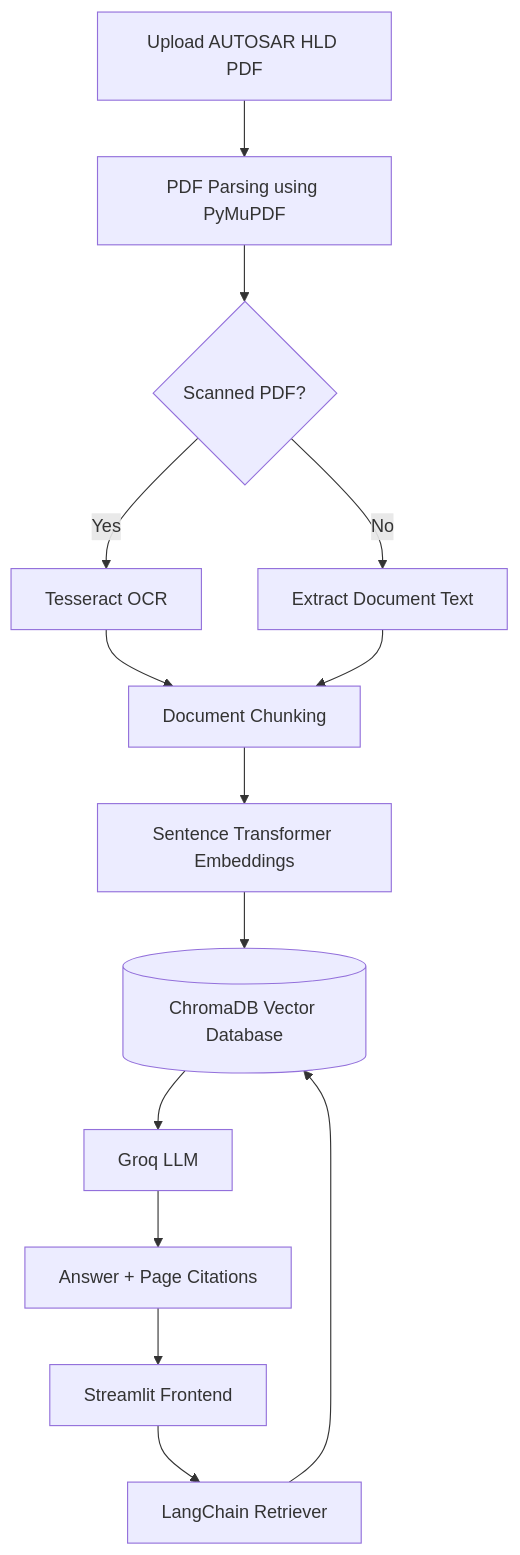
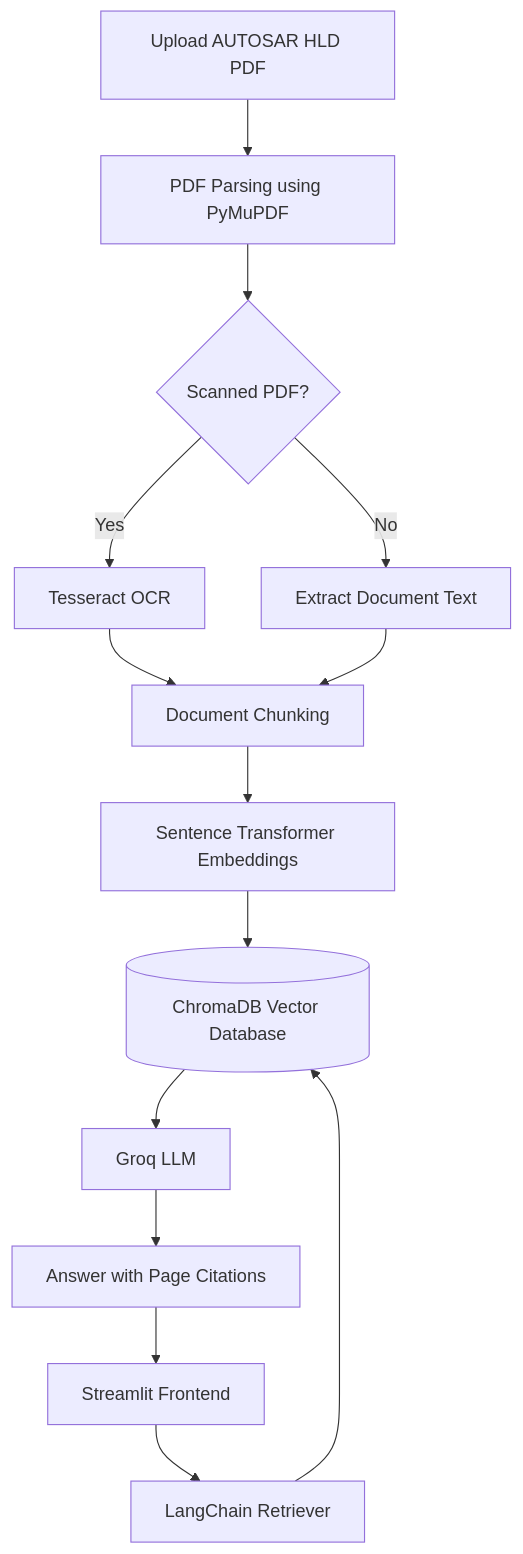
The diagram in README.md (beast1707/AUTOSAR-HLD-Document-Analysis), drawn with Mermaid before and after one commit. The commit also changed other lines of this file, not shown here.

````diff
--- a/README.md
+++ b/README.md
@@ -92,31 +92,31 @@
 ```mermaid
 flowchart TD
 
 A[Upload AUTOSAR HLD PDF]
 B[PDF Parsing using PyMuPDF]
 C{Scanned PDF?}
 D[Tesseract OCR]
 E[Extract Document Text]
 F[Document Chunking]
 G[Sentence Transformer Embeddings]
 H[(ChromaDB Vector Database)]
 I[LangChain Retriever]
 J[Groq LLM]
-K[Answer + Page Citations]
+K[Answer with Page Citations]
 L[Streamlit Frontend]
 
 A --> B
 B --> C
 C -- Yes --> D
 C -- No --> E
 D --> F
 E --> F
 F --> G
 G --> H
 
 L --> I
 I --> H
 H --> J
 J --> K
 K --> L
 ```
````
